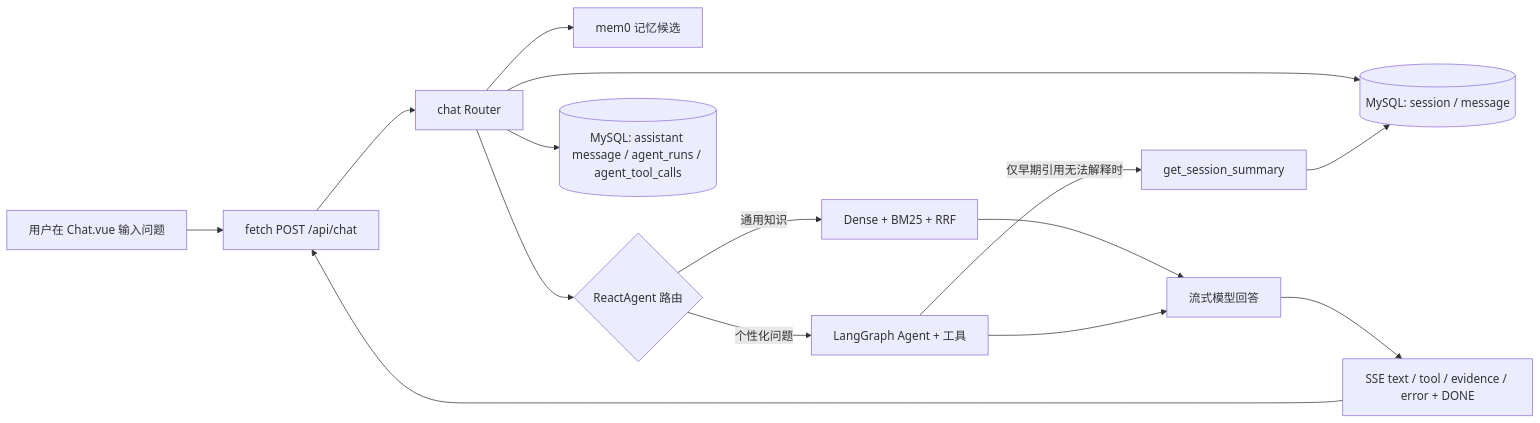
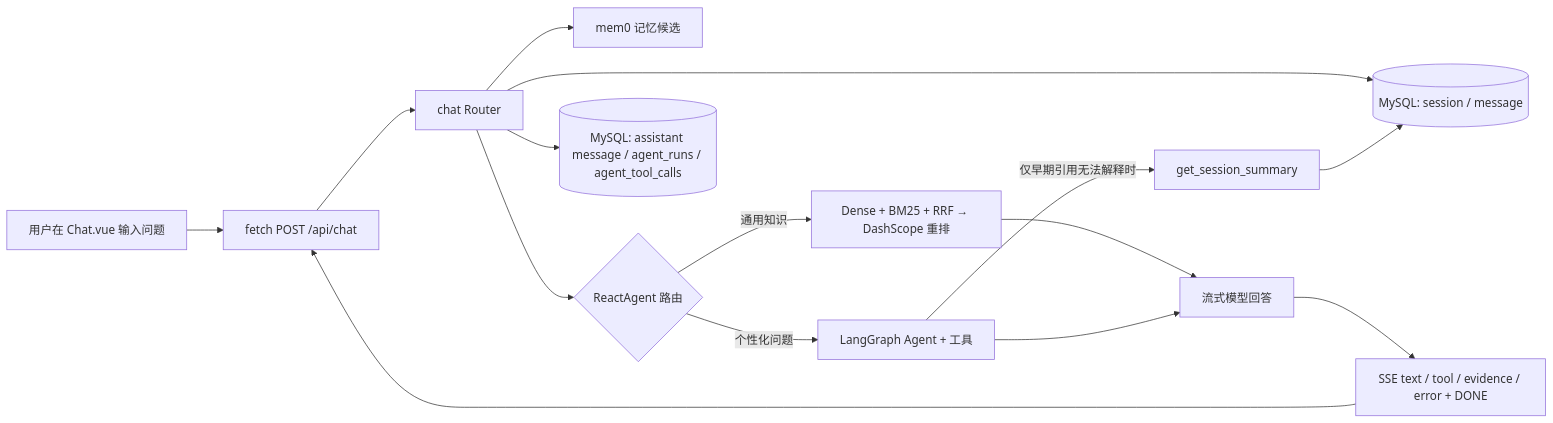
The first of 3 diagrams in docs/learning-guide.md (Leewx-char/FitAgent), drawn with Mermaid before and after one commit. The commit also changed other lines of this file and 13 other files, not shown here.

````diff
--- a/docs/learning-guide.md
+++ b/docs/learning-guide.md
@@ -24,17 +24,17 @@
 ```mermaid
 flowchart LR
   U[用户在 Chat.vue 输入问题] --> FE[fetch POST /api/chat]
   FE --> API[chat Router]
   API --> DB1[(MySQL: session / message)]
   API --> MEM[mem0 记忆候选]
   API --> A{ReactAgent 路由}
-  A -->|通用知识| RAG[Dense + BM25 + RRF]
+  A -->|通用知识| RAG[Dense + BM25 + RRF → DashScope 重排]
   A -->|个性化问题| LG[LangGraph Agent + 工具]
   LG -->|仅早期引用无法解释时| SS[get_session_summary]
   SS --> DB1
   RAG --> LLM[流式模型回答]
   LG --> LLM
   LLM --> SSE[SSE text / tool / evidence / error + DONE]
   SSE --> FE
   API --> DB2[(MySQL: assistant message / agent_runs / agent_tool_calls)]
 ```
````
